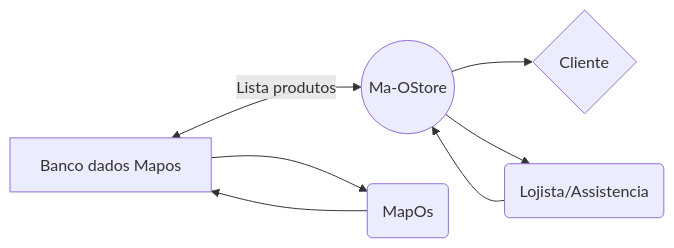
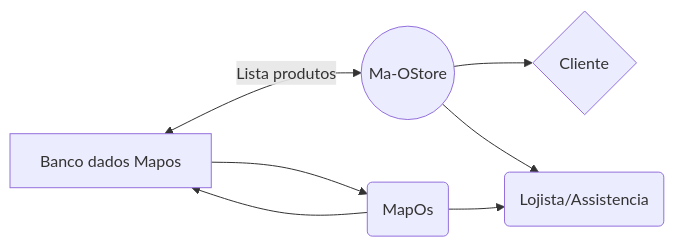
The diagram in README.md (jardellnk/ma-OStore), drawn with Mermaid before and after one commit.

````diff
--- a/README.md
+++ b/README.md
@@ -62,11 +62,11 @@
 ```mermaid
 graph LR
 A[Banco dados Mapos] <-- Lista produtos --> B((Ma-OStore))
 
 C(MapOs) --> A
 
 B --> D{Cliente}
- E(Lojista/Assistencia)--> 
+C --> E(Lojista/Assistencia)
 B --> E
 A --> C
 ```
````
